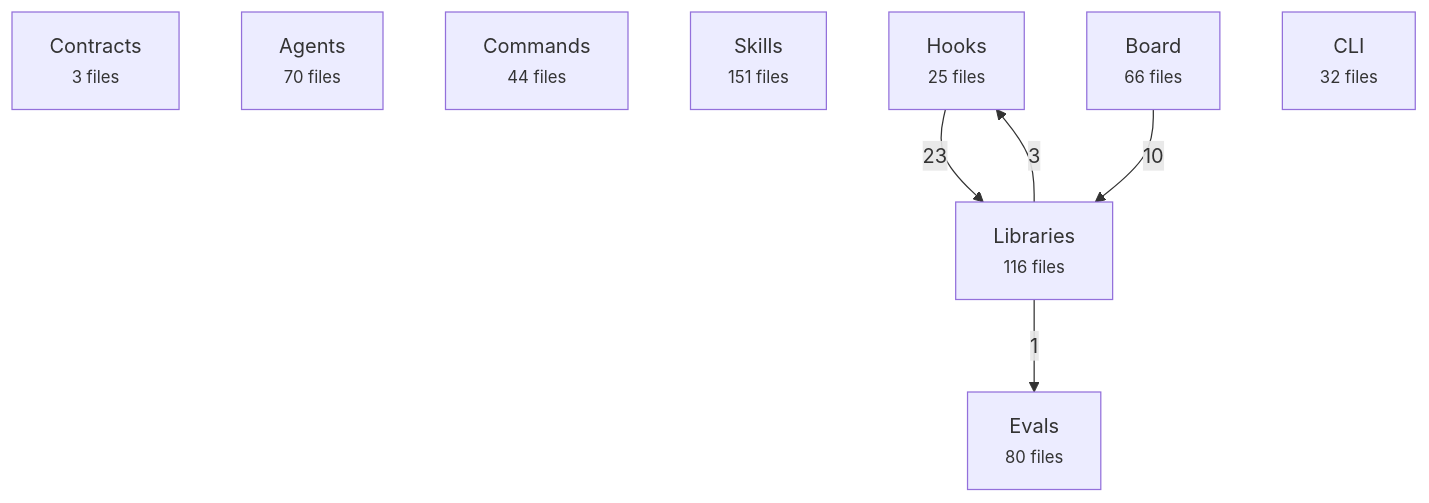
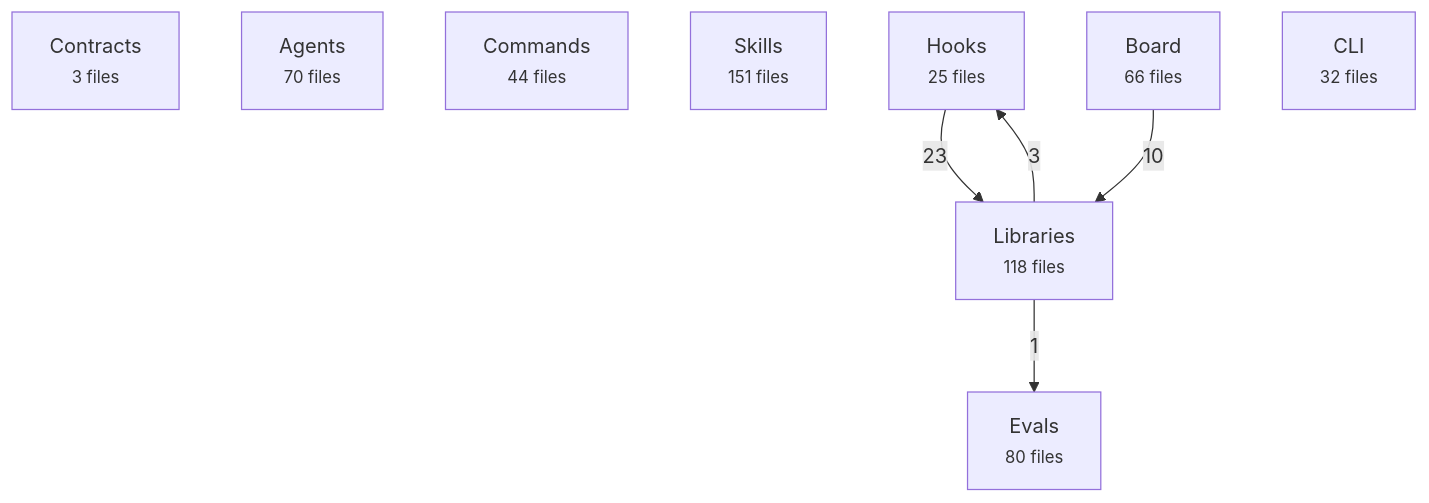
Before and after one commit to avelikiy/great_cto: the first of 2 diagrams in docs/reference/architecture-map.md, drawn with Mermaid. The commit also changed other lines of this file and 9 other files, not shown here.

````diff
--- a/docs/reference/architecture-map.md
+++ b/docs/reference/architecture-map.md
@@ -20,16 +20,16 @@
 ```mermaid
 flowchart TD
   contracts["Contracts<br/><small>3 files</small>"]
   agents["Agents<br/><small>70 files</small>"]
   commands["Commands<br/><small>44 files</small>"]
   skills["Skills<br/><small>151 files</small>"]
   hooks["Hooks<br/><small>25 files</small>"]
-  libs["Libraries<br/><small>116 files</small>"]
+  libs["Libraries<br/><small>118 files</small>"]
   board["Board<br/><small>66 files</small>"]
   cli["CLI<br/><small>32 files</small>"]
   evals["Evals<br/><small>80 files</small>"]
   hooks -->|23| libs
   board -->|10| libs
   libs -->|3| hooks
   libs -->|1| evals
 ```
````
